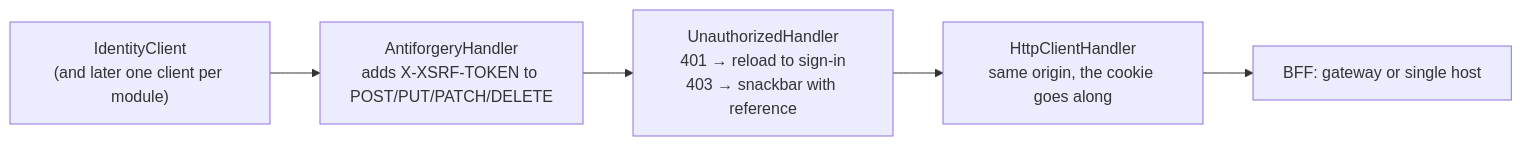
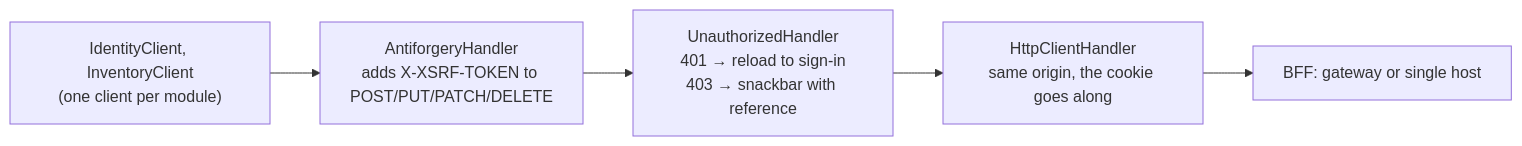
Before and after one commit to sgorgun/SmartSpare: the first of 7 diagrams in docs/architecture/FRONTEND.md, drawn with Mermaid. The commit also changed other lines of this file and 5 other files, not shown here.

````diff
--- a/docs/architecture/FRONTEND.md
+++ b/docs/architecture/FRONTEND.md
@@ -55,7 +60,7 @@
 ```mermaid
 flowchart LR
-  C["IdentityClient<br/>(and later one client per module)"] --> A["AntiforgeryHandler<br/>adds X-XSRF-TOKEN to POST/PUT/PATCH/DELETE"]
+  C["IdentityClient, InventoryClient<br/>(one client per module)"] --> A["AntiforgeryHandler<br/>adds X-XSRF-TOKEN to POST/PUT/PATCH/DELETE"]
   A --> U["UnauthorizedHandler<br/>401 → reload to sign-in<br/>403 → snackbar with reference"]
   U --> H["HttpClientHandler<br/>same origin, the cookie goes along"]
   H --> B["BFF: gateway or single host"]
 ```
````
